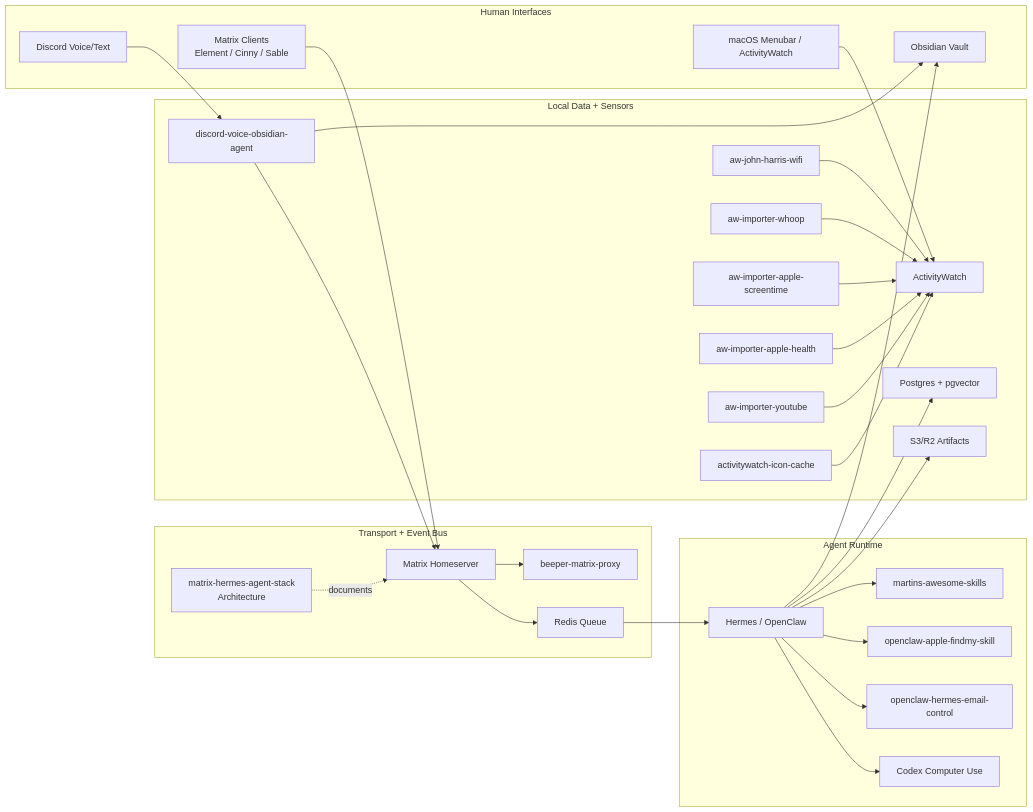
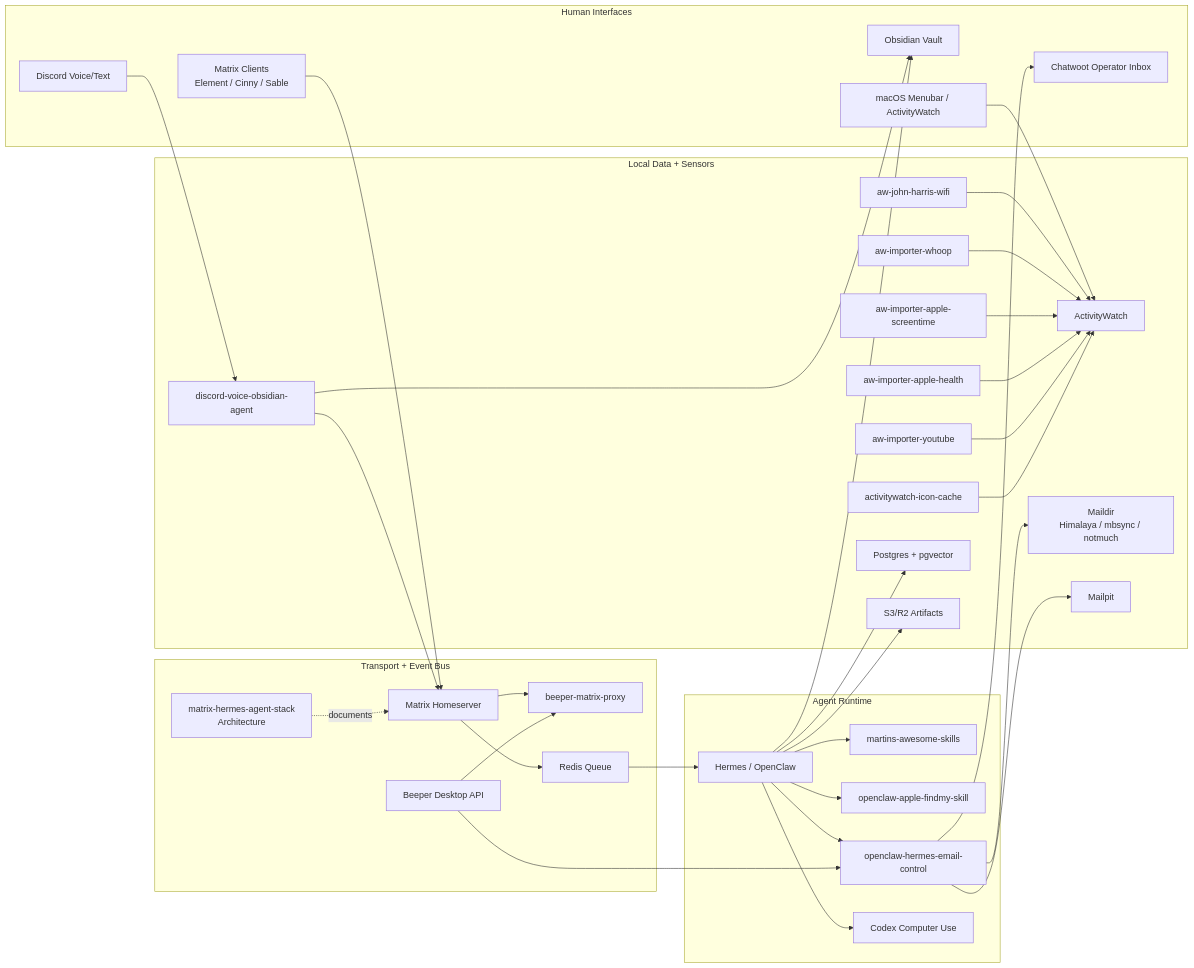
Before and after one commit to Martin-Hausleitner/credo: the second of 2 diagrams in README.md, drawn with Mermaid. The commit also changed other lines of this file and 1 other file, not shown here.

Commit message:
Add operator inbox to stack diagrams

````diff
--- a/README.md
+++ b/README.md
@@ -203,60 +209,69 @@
 ```mermaid
 flowchart LR
   subgraph Interfaces["Human Interfaces"]
     MatrixClient["Matrix Clients<br/>Element / Cinny / Sable"]
     Discord["Discord Voice/Text"]
+    ChatwootInbox["Chatwoot Operator Inbox"]
     Obsidian["Obsidian Vault"]
     Menubar["macOS Menubar / ActivityWatch"]
   end
 
   subgraph Transport["Transport + Event Bus"]
     MatrixRepo["matrix-hermes-agent-stack<br/>Architecture"]
     Matrix["Matrix Homeserver"]
     BeeperProxy["beeper-matrix-proxy"]
+    BeeperAPI["Beeper Desktop API"]
     Redis["Redis Queue"]
   end
 
   subgraph Agents["Agent Runtime"]
     Hermes["Hermes / OpenClaw"]
     Skills["martins-awesome-skills"]
     FindMy["openclaw-apple-findmy-skill"]
     EmailCtrl["openclaw-hermes-email-control"]
     ComputerUse["Codex Computer Use"]
   end
 
   subgraph Data["Local Data + Sensors"]
     ActivityWatch["ActivityWatch"]
     Presence["aw-john-harris-wifi"]
     Whoop["aw-importer-whoop"]
     ScreenTime["aw-importer-apple-screentime"]
     AppleHealth["aw-importer-apple-health"]
     YouTube["aw-importer-youtube"]
     IconCache["activitywatch-icon-cache"]
+    Maildir["Maildir<br/>Himalaya / mbsync / notmuch"]
+    Mailpit["Mailpit"]
     Voice["discord-voice-obsidian-agent"]
     Pg["Postgres + pgvector"]
     S3["S3/R2 Artifacts"]
   end
 
   MatrixClient --> Matrix
   Discord --> Voice
   Menubar --> ActivityWatch
   Matrix --> BeeperProxy
+  BeeperAPI --> BeeperProxy
   Matrix --> Redis
   Redis --> Hermes
   Hermes --> Skills
   Hermes --> FindMy
   Hermes --> EmailCtrl
+  EmailCtrl --> ChatwootInbox
+  EmailCtrl --> Maildir
+  EmailCtrl --> Mailpit
+  BeeperAPI --> EmailCtrl
   Hermes --> ComputerUse
   Hermes --> Obsidian
   Hermes --> Pg
   Hermes --> S3
   Presence --> ActivityWatch
   Whoop --> ActivityWatch
   ScreenTime --> ActivityWatch
   AppleHealth --> ActivityWatch
   YouTube --> ActivityWatch
   IconCache --> ActivityWatch
   Voice --> Obsidian
   Voice --> Matrix
   MatrixRepo -.documents.-> Matrix
 ```
````
